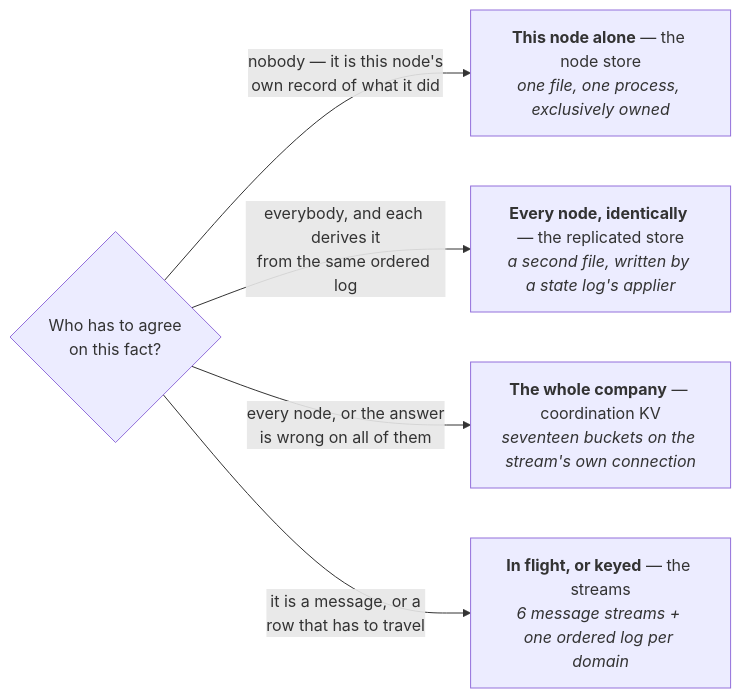
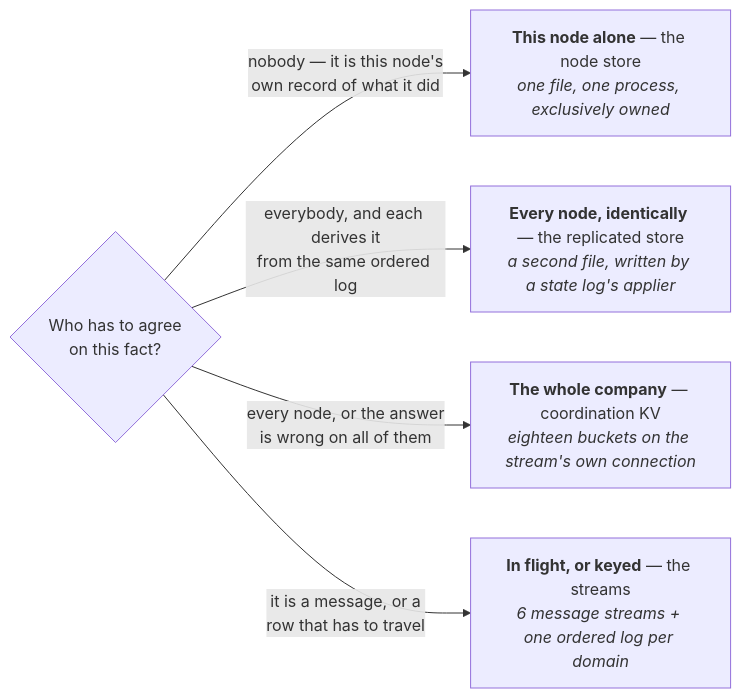
Before and after one commit to crewlet/crewlet: the ninth of 10 diagrams in docs/concepts/architecture.md, drawn with Mermaid. The commit also changed other lines of this file and 8 other files, not shown here.

````diff
--- a/docs/concepts/architecture.md
+++ b/docs/concepts/architecture.md
@@ -496,13 +496,13 @@
 ```mermaid
 flowchart LR
     Q{"Who has to agree<br/>on this fact?"}
     LOCAL["<b>This node alone</b> — the node store<br/><i>one file, one process, exclusively owned</i>"]
     DERIVED["<b>Every node, identically</b> — the replicated store<br/><i>a second file, written by a state log's applier</i>"]
-    FLEET["<b>The whole company</b> — coordination KV<br/><i>seventeen buckets on the stream's own connection</i>"]
+    FLEET["<b>The whole company</b> — coordination KV<br/><i>eighteen buckets on the stream's own connection</i>"]
     STREAM["<b>In flight, or keyed</b> — the streams<br/><i>6 message streams + one ordered log per domain</i>"]
 
     Q -->|"nobody — it is this node's<br/>own record of what it did"| LOCAL
     Q -->|"everybody, and each derives it<br/>from the same ordered log"| DERIVED
     Q -->|"every node, or the answer<br/>is wrong on all of them"| FLEET
     Q -->|"it is a message, or a<br/>row that has to travel"| STREAM
 ```
````
